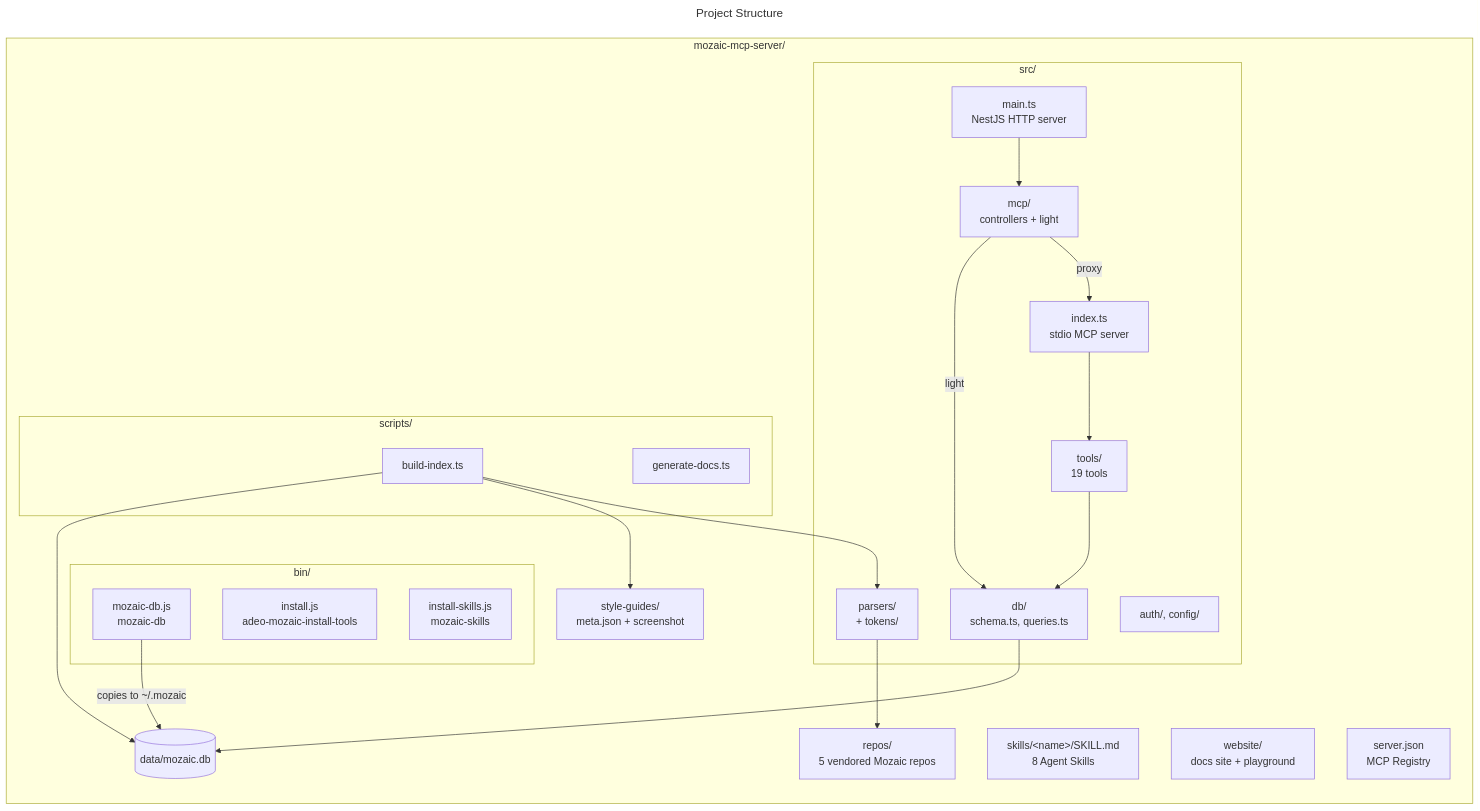
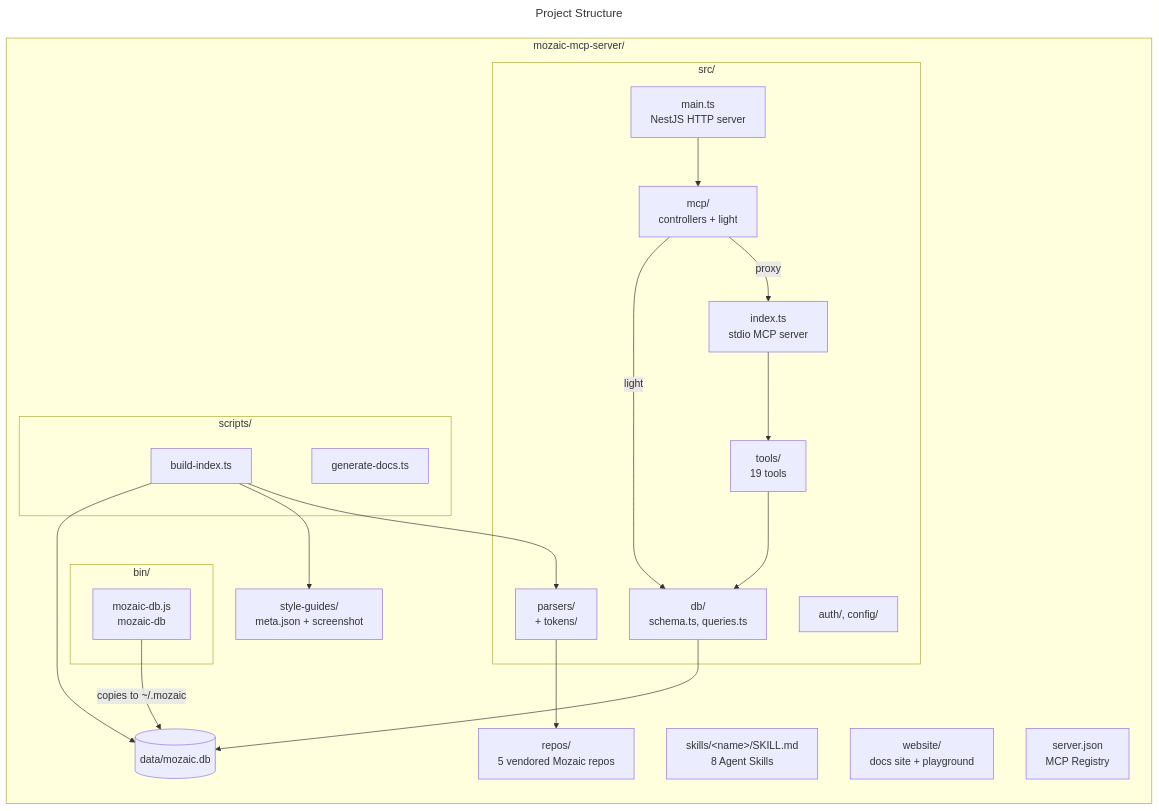
One commit to MerzoukeMansouri/adeo-mozaic-mcp changed the diagram in docs/assets/structure.mmd. Above: the diagram before and after it, drawn with Mermaid. The commit also changed 13 other files, not shown here.

```diff
--- a/docs/assets/structure.mmd
+++ b/docs/assets/structure.mmd
@@ -1,44 +1,42 @@
 ---
 title: Project Structure
 ---
 flowchart TB
     subgraph Root["mozaic-mcp-server/"]
         direction TB
 
         subgraph Bin["bin/"]
-            B1[install.js<br/>adeo-mozaic-install-tools]
-            B2[install-skills.js<br/>mozaic-skills]
             B3[mozaic-db.js<br/>mozaic-db]
         end
 
         subgraph Src["src/"]
             Index[index.ts<br/>stdio MCP server]
             Main[main.ts<br/>NestJS HTTP server]
             McpDir[mcp/<br/>controllers + light]
             ToolsDir[tools/<br/>19 tools]
             DbDir[db/<br/>schema.ts, queries.ts]
             ParsersDir[parsers/<br/>+ tokens/]
             AuthDir[auth/, config/]
         end
 
         subgraph Scripts["scripts/"]
             BI[build-index.ts]
             GD[generate-docs.ts]
         end
 
         SkillsDir[skills/&lt;name&gt;/SKILL.md<br/>8 Agent Skills]
         SGDir[style-guides/<br/>meta.json + screenshot]
         ReposDir[repos/<br/>5 vendored Mozaic repos]
         DataDir[(data/mozaic.db)]
         WebDir[website/<br/>docs site + playground]
         ServerJson[server.json<br/>MCP Registry]
     end
 
     Index --> ToolsDir --> DbDir --> DataDir
     Main --> McpDir
     McpDir -->|proxy| Index
     McpDir -->|light| DbDir
     BI --> ParsersDir --> ReposDir
     BI --> SGDir
     BI --> DataDir
     B3 -->|copies to ~/.mozaic| DataDir
```
